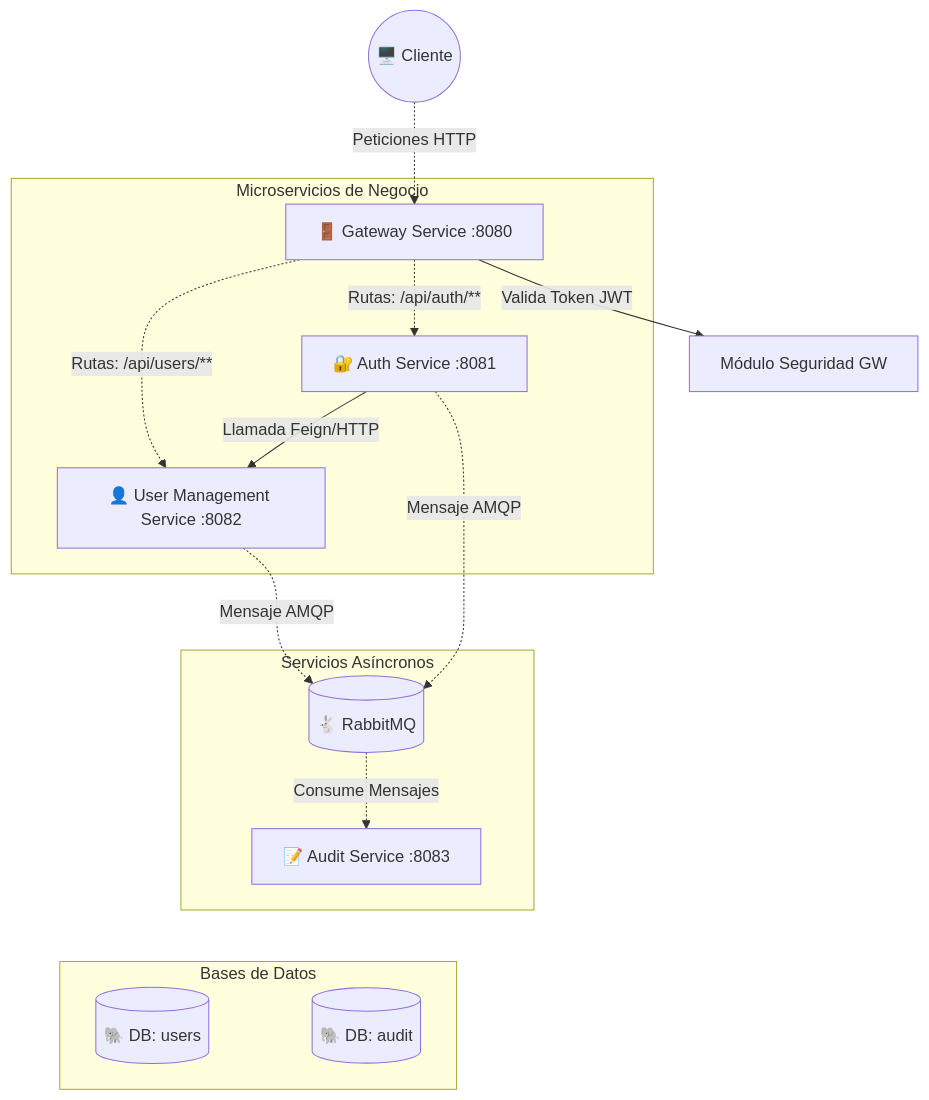
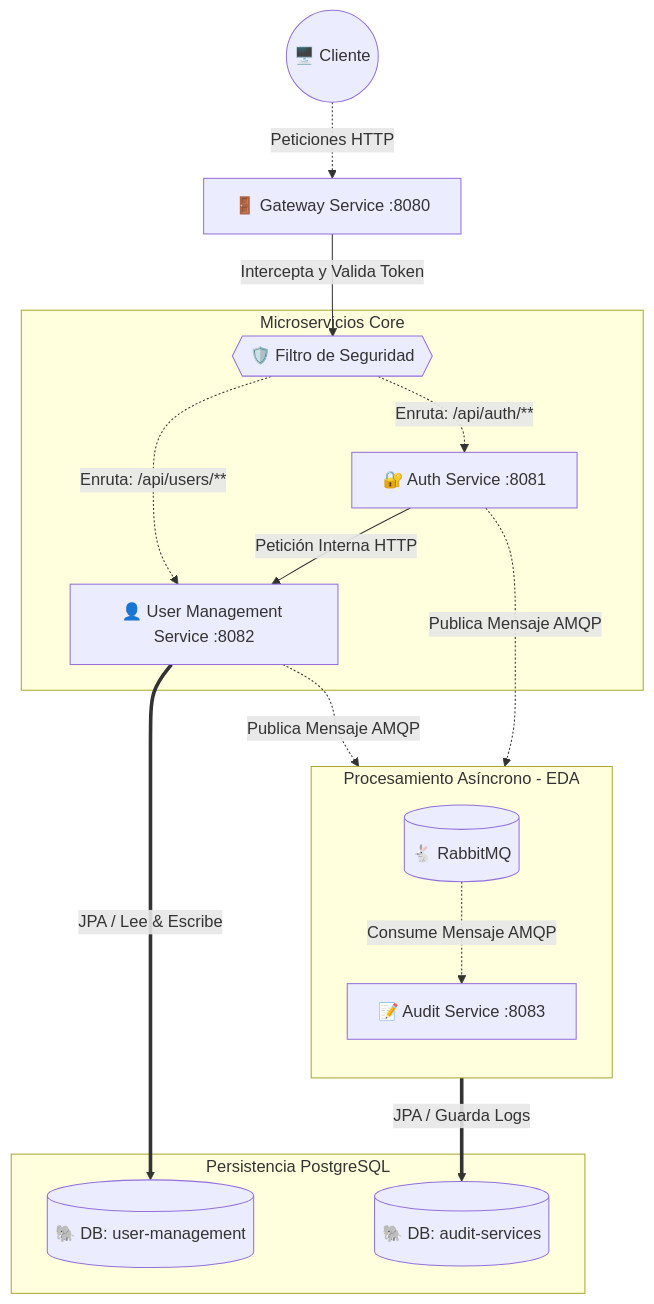
One commit to brunoSandoval210/Authorization-Microservices changed the diagram in README.md. Above: the diagram before and after it, drawn with Mermaid. The commit also changed 5 other files, not shown here.

````diff
--- a/README.md
+++ b/README.md
@@ -9,23 +9,35 @@
 ```mermaid
 graph TD;
+    %% -- Nodos Principales --
     Client((🖥️ Cliente)) -.->|Peticiones HTTP| Gateway[🚪 Gateway Service :8080];
-    Gateway -->|Valida Token JWT| GW_Auth[Módulo Seguridad GW];
     
-    subgraph Microservicios de Negocio
-        Gateway -.->|Rutas: /api/auth/**| Auth[🔐 Auth Service :8081];
-        Gateway -.->|Rutas: /api/users/**| Users[👤 User Management Service :8082];
+    %% -- Gateway --
+    Gateway -->|Intercepta y Valida Token| GW_Auth{{🛡️ Filtro de Seguridad}};
+    
+    %% -- Microservicios internos --
+    subgraph Microservicios de Negocio [Microservicios Core]
+        GW_Auth -.->|Enruta: /api/auth/**| Auth[🔐 Auth Service :8081];
+        GW_Auth -.->|Enruta: /api/users/**| Users[👤 User Management Service :8082];
         
-        Auth -->|Llamada Feign/HTTP| Users;
+        Auth -->|Petición Interna HTTP| Users;
     end
     
-    subgraph Servicios Asíncronos
-        Users -.->|Mensaje AMQP| RMQ[(🐇 RabbitMQ)];
-        Auth -.->|Mensaje AMQP| RMQ;
-        RMQ -.->|Consume Mensajes| Audit[📝 Audit Service :8083];
+    %% -- Mensajería Asíncrona --
+    subgraph Servicios Asíncronos [Procesamiento Asíncrono - EDA]
+        direction TB
+        Users -.->|Publica Mensaje AMQP| RMQ[(🐇 RabbitMQ)];
+        Auth -.->|Publica Mensaje AMQP| RMQ;
+        RMQ -.->|Consume Mensaje AMQP| Audit[📝 Audit Service :8083];
     end
     
-    subgraph Bases de Datos
-        Users ~~~ DB_U[(🐘 DB: users)];
-        Audit ~~~ DB_A[(🐘 DB: audit)];
+    %% -- Bases de Datos --
+    subgraph Bases de Datos [Persistencia PostgreSQL]
+        DB_U[(🐘 DB: user-management)];
+        DB_A[(🐘 DB: audit-services)];
     end
+    
+    %% -- Conexiones a BD --
+    Users ==>|JPA / Lee & Escribe| DB_U;
+    Audit ==>|JPA / Guarda Logs| DB_A;
+    
 ```
````
